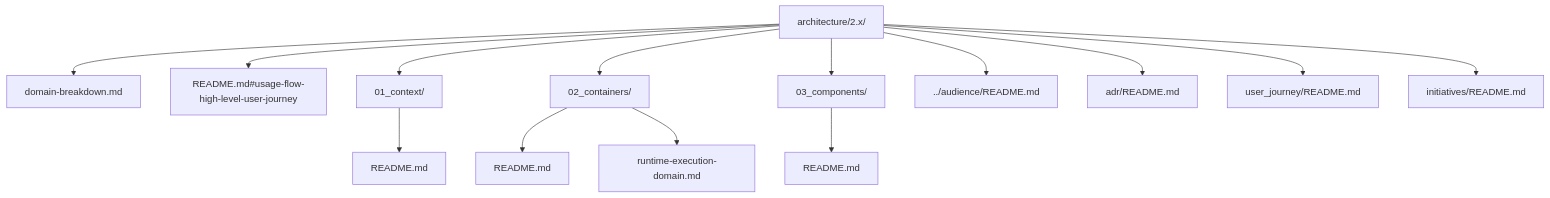
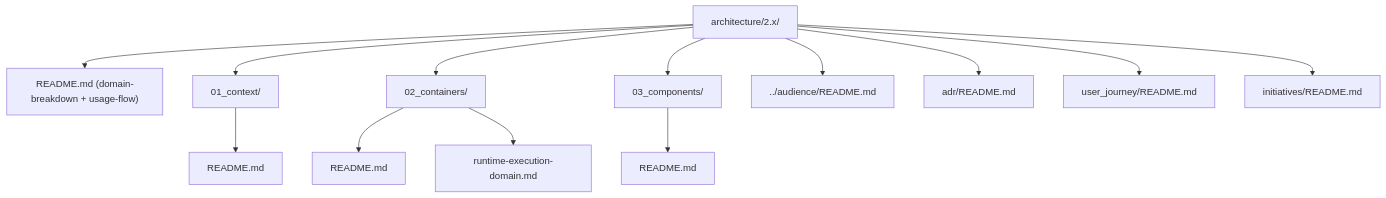
The third of 3 diagrams in architecture/2.x/README.md (stijn-dejongh/spec-kitty), drawn with Mermaid before and after one commit. The commit also changed other lines of this file and 10 other files, not shown here.

First line of the commit message:
docs(architecture): inline domain-breakdown.md into architecture/2.x/README.md

````diff
--- a/architecture/2.x/README.md
+++ b/architecture/2.x/README.md
@@ -93,43 +185,40 @@
 ```mermaid
 flowchart TD
     root["architecture/2.x/"]
 
-    domain["domain-breakdown.md"]
-    usage["README.md#usage-flow-high-level-user-journey"]
+    readme["README.md (domain-breakdown + usage-flow)"]
     c1dir["01_context/"]
     c1doc["README.md"]
     c2dir["02_containers/"]
     c2doc["README.md"]
     c2detail["runtime-execution-domain.md"]
     c3dir["03_components/"]
     c3doc["README.md"]
     audience["../audience/README.md"]
     adrdir["adr/README.md"]
     ujdir["user_journey/README.md"]
     initdir["initiatives/README.md"]
 
-    root --> domain
-    root --> usage
+    root --> readme
     root --> c1dir
     c1dir --> c1doc
     root --> c2dir
     c2dir --> c2doc
     c2dir --> c2detail
     root --> c3dir
     c3dir --> c3doc
     root --> adrdir
     root --> ujdir
     root --> initdir
     root --> audience
 
-    click domain "domain-breakdown.md" "Domain Breakdown"
-    click usage "README.md#usage-flow-high-level-user-journey" "Usage Flow High-Level User Journey"
+    click readme "README.md" "Domain Breakdown and Usage Flow"
     click c1doc "01_context/README.md" "C4 Context"
     click c2doc "02_containers/README.md" "C4 Containers"
     click c2detail "02_containers/runtime-execution-domain.md" "Runtime/Execution Domain Detail"
     click c3doc "03_components/README.md" "C4 Components"
     click audience "../audience/README.md" "Audience Personas"
     click adrdir "adr/README.md" "2.x ADR Index"
     click ujdir "user_journey/README.md" "2.x User Journeys"
     click initdir "initiatives/README.md" "2.x Initiatives"
 ```
````
